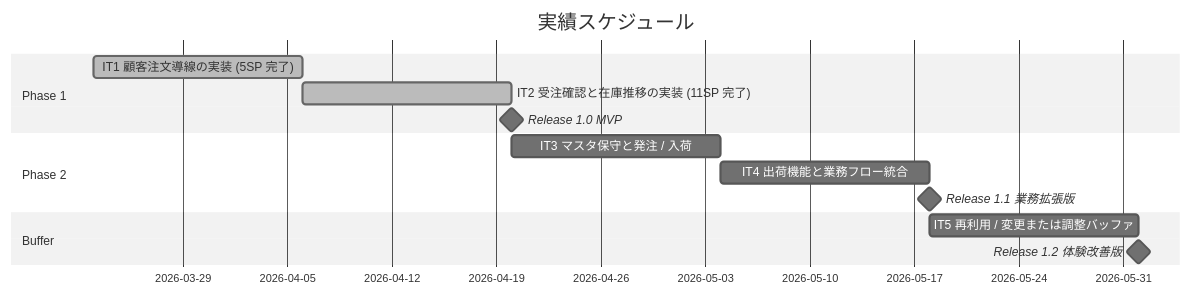
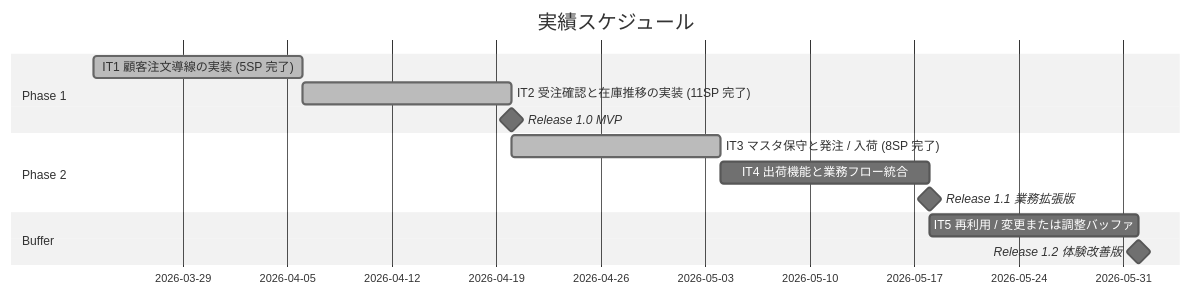
One commit to k2works/case-study-sdd-development changed the second of 3 diagrams in docs/development/release_plan.md. Above: the diagram before and after it, drawn with Mermaid (neutral theme). The commit also changed other lines of this file and 1 other file, not shown here.

````diff
--- a/docs/development/release_plan.md
+++ b/docs/development/release_plan.md
@@ -146,16 +146,16 @@
 ```mermaid
 gantt
     title 実績スケジュール
     dateFormat  YYYY-MM-DD
     section Phase 1
     IT1 顧客注文導線の実装 (5SP 完了)    :done, a1, 2026-03-23, 14d
     IT2 受注確認と在庫推移の実装 (11SP 完了) :done, a2, after a1, 14d
     Release 1.0 MVP                    :milestone, m1, after a2, 0d
     section Phase 2
-    IT3 マスタ保守と発注 / 入荷         :a3, after a2, 14d
+    IT3 マスタ保守と発注 / 入荷 (8SP 完了) :done, a3, after a2, 14d
     IT4 出荷機能と業務フロー統合        :a4, after a3, 14d
     Release 1.1 業務拡張版              :milestone, m2, after a4, 0d
     section Buffer
     IT5 再利用 / 変更または調整バッファ :a5, after a4, 14d
     Release 1.2 体験改善版              :milestone, m3, after a5, 0d
 ```
````
